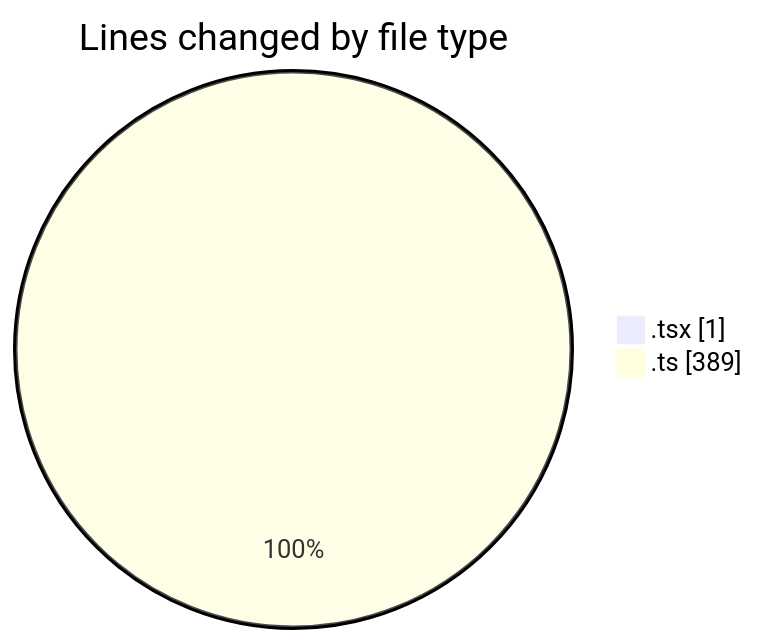
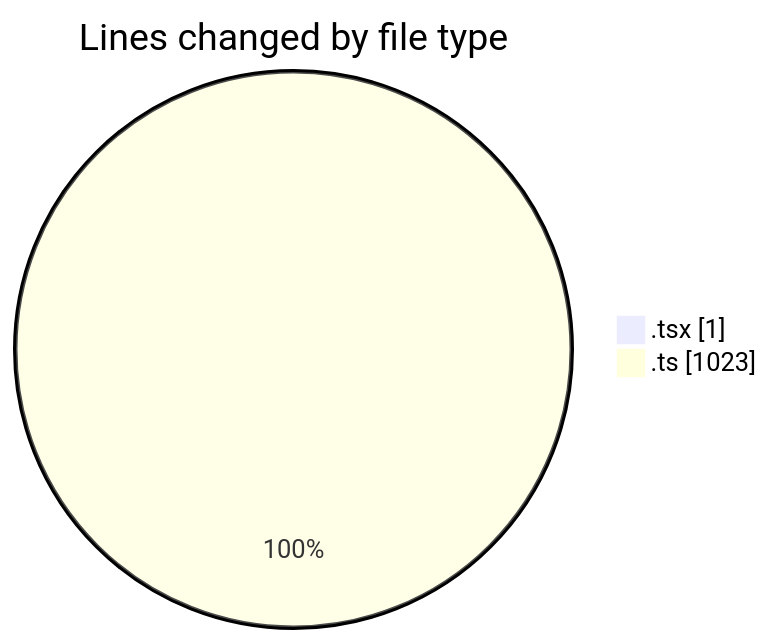
Before and after one commit to JenPaints/code-tracking: the first of 2 diagrams in 2025-06-26/archive/README.md, drawn with Mermaid. The commit also changed other lines of this file and 1 other file, not shown here.

````diff
--- a/2025-06-26/archive/README.md
+++ b/2025-06-26/archive/README.md
@@ -21,6 +22,6 @@
 ```mermaid
 pie showData
 title Lines changed by file type
 ".tsx" : 1
-".ts" : 389
+".ts" : 1023
 ```
````
